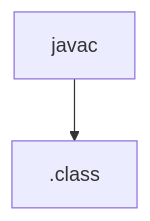
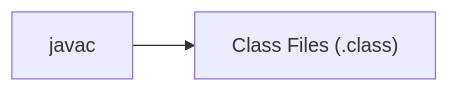
Before and after one commit to finmsg-io/dmn-compiler-toolkit: the eighth of 12 diagrams in docs/architecture/chapters/18-Java Generator.md, drawn with Mermaid. The commit also changed other lines of this file and 48 other files, not shown here.

Commit message:
docs: modernize architecture chapters, harmonize numbering, and configure global Mermaid theme

````diff
--- a/docs/architecture/chapters/18-Java Generator.md
+++ b/docs/architecture/chapters/18-Java Generator.md
@@ -723,4 +507,4 @@
 ```mermaid
-flowchart TB
-    javac["javac"] --> classFile[".class"]
+flowchart LR
+    javac["javac"] --> classFile["Class Files (.class)"]
 ```
````
